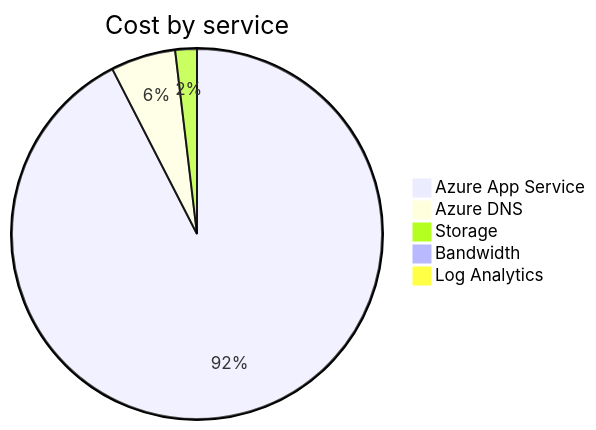
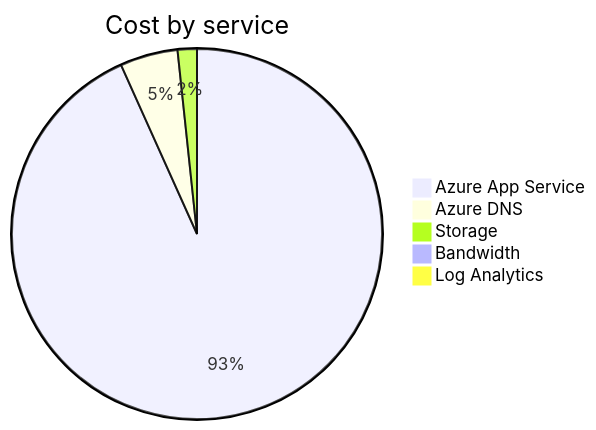
The second of 4 diagrams in cost-reports/accumulated-cost.md (jpfulton/azure-personal-reports), drawn with Mermaid before and after one commit. The commit also changed other lines of this file and 4 other files, not shown here.

````diff
--- a/cost-reports/accumulated-cost.md
+++ b/cost-reports/accumulated-cost.md
@@ -97,9 +97,9 @@
 ```mermaid
 pie
    title Cost by service
-   "Azure App Service" : 0.49
-   "Azure DNS" : 0.03
-   "Storage" : 0.01
+   "Azure App Service" : 1.11
+   "Azure DNS" : 0.06
+   "Storage" : 0.02
    "Bandwidth" : 0.00
    "Log Analytics" : 0.00
 ```
````
